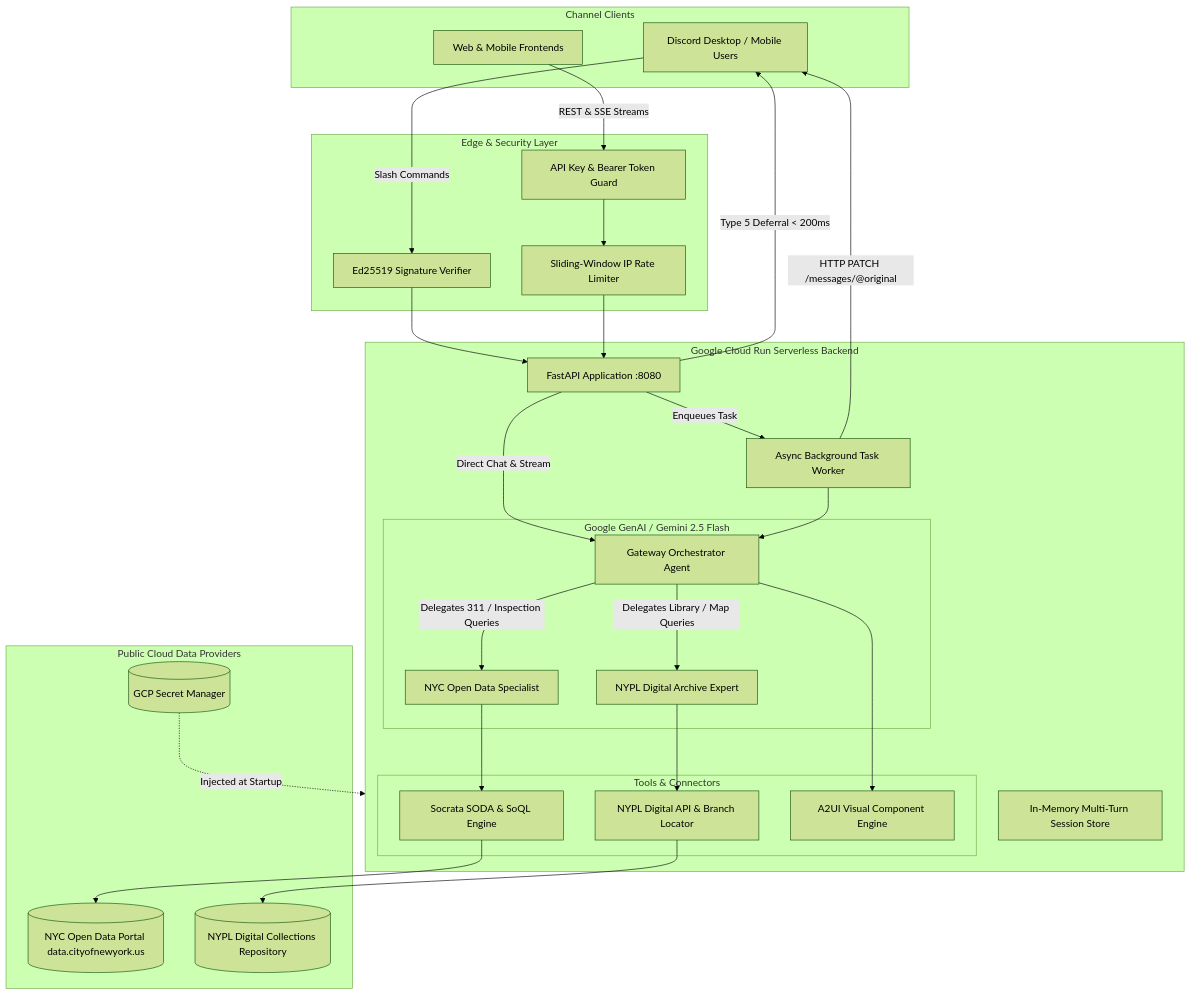
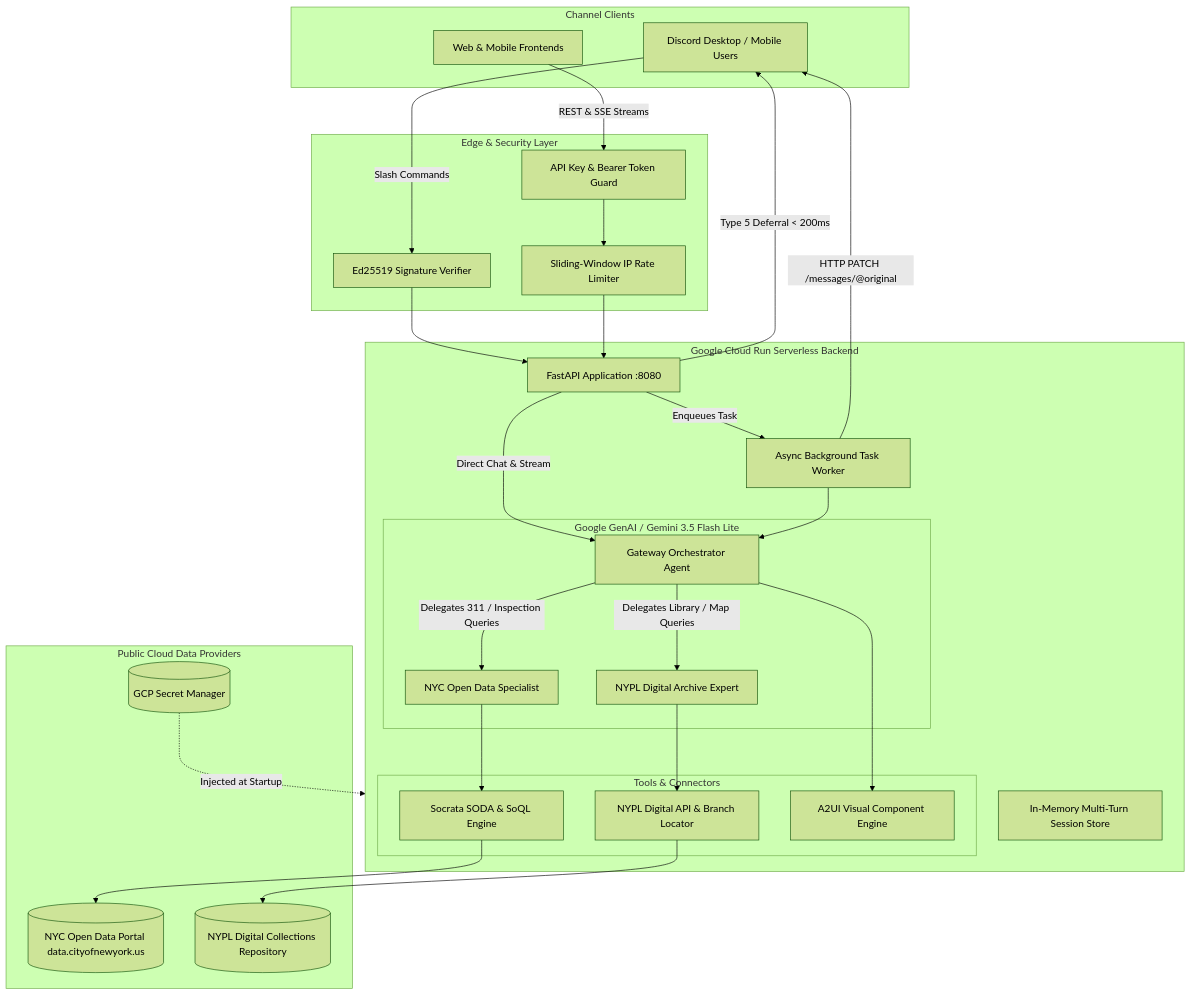
One commit to elbeejay/nypl_discord_bot changed the diagram in docs/HIGH_LEVEL_EXPLAINER.md. Above: the diagram before and after it, drawn with Mermaid (forest theme). The commit also changed 12 other files, not shown here.

Commit message:
Integrate NYC dataset discovery into Socrata agent and standardize on Gemini 3.5 Flash Lite

````diff
--- a/docs/HIGH_LEVEL_EXPLAINER.md
+++ b/docs/HIGH_LEVEL_EXPLAINER.md
@@ -20,55 +20,55 @@
 ```mermaid
 graph TD
     subgraph Clients [Channel Clients]
         DiscordClient[Discord Desktop / Mobile Users]
         WebClient[Web & Mobile Frontends]
     end
 
     subgraph Security_Gate [Edge & Security Layer]
         DiscordSec[Ed25519 Signature Verifier]
         APISec[API Key & Bearer Token Guard]
         RateLimiter[Sliding-Window IP Rate Limiter]
     end
 
     subgraph Cloud_Run [Google Cloud Run Serverless Backend]
         FastAPIServer[FastAPI Application :8080]
         BgWorker[Async Background Task Worker]
         SessionMgr[In-Memory Multi-Turn Session Store]
 
-        subgraph Gemini_Agent_Hierarchy [Google GenAI / Gemini 2.5 Flash]
+        subgraph Gemini_Agent_Hierarchy [Google GenAI / Gemini 3.5 Flash Lite]
             Orchestrator[Gateway Orchestrator Agent]
             NYPL_Expert[NYPL Digital Archive Expert]
             NYC_Expert[NYC Open Data Specialist]
         end
 
         subgraph Data_Connectors [Tools & Connectors]
             NYPL_Tools[NYPL Digital API & Branch Locator]
             SODA_Tools[Socrata SODA & SoQL Engine]
             A2UI_Gen[A2UI Visual Component Engine]
         end
     end
 
     subgraph External_Data [Public Cloud Data Providers]
         NYC_OpenData[(NYC Open Data Portal data.cityofnewyork.us)]
         NYPL_API[(NYPL Digital Collections Repository)]
         GCP_Secrets[(GCP Secret Manager)]
     end
 
     DiscordClient -->|Slash Commands| DiscordSec --> FastAPIServer
     WebClient -->|REST & SSE Streams| APISec --> RateLimiter --> FastAPIServer
 
     FastAPIServer -->|Type 5 Deferral < 200ms| DiscordClient
     FastAPIServer -->|Enqueues Task| BgWorker
     FastAPIServer -->|Direct Chat & Stream| Orchestrator
 
     BgWorker --> Orchestrator
     Orchestrator -->|Delegates Library / Map Queries| NYPL_Expert
     Orchestrator -->|Delegates 311 / Inspection Queries| NYC_Expert
 
     NYPL_Expert --> NYPL_Tools --> NYPL_API
     NYC_Expert --> SODA_Tools --> NYC_OpenData
     Orchestrator --> A2UI_Gen
 
     BgWorker -->|HTTP PATCH /messages/@original| DiscordClient
     GCP_Secrets -.->|Injected at Startup| Cloud_Run
 ```
````
